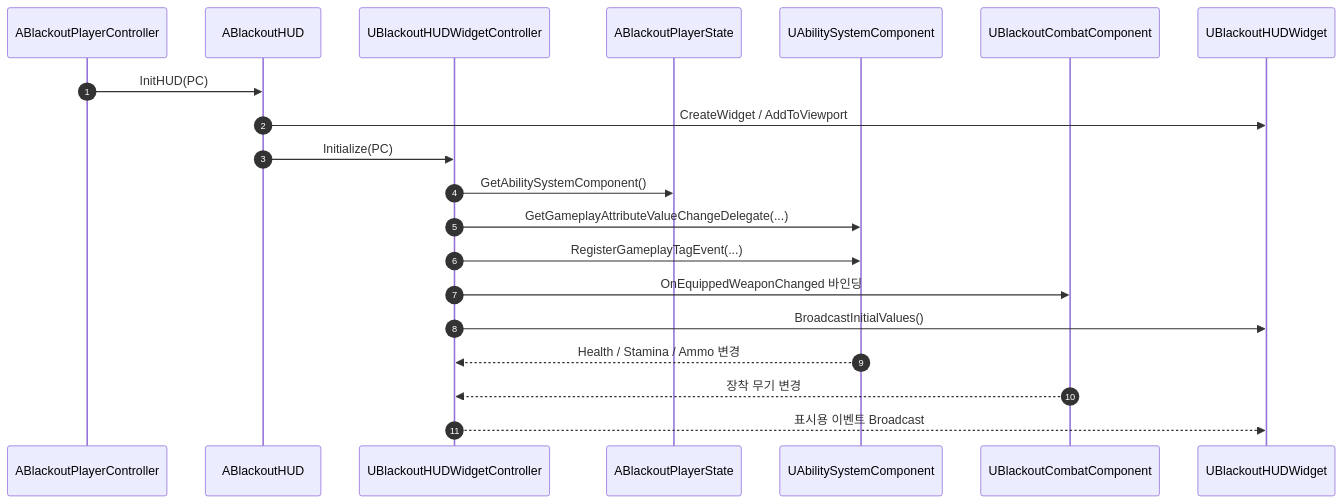
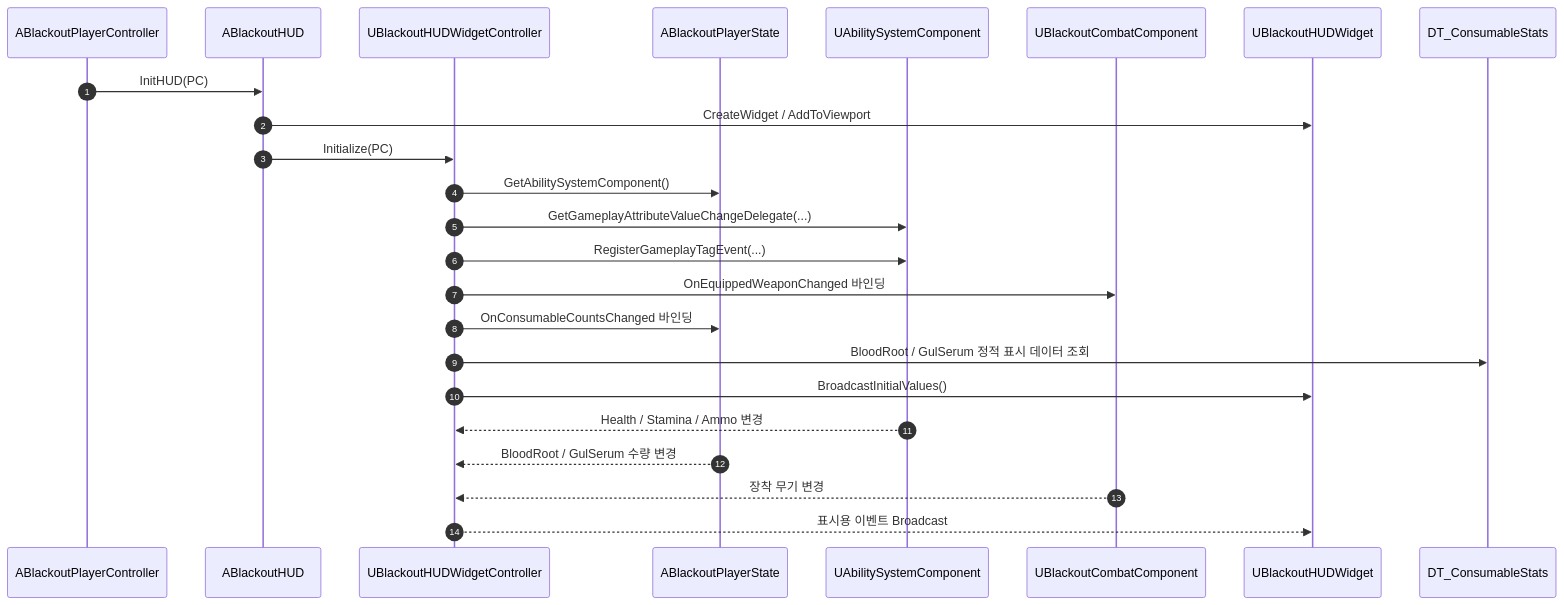
Before and after one commit to seongwon1579/ProjectBlackout: the second of 2 diagrams in Docs/UI/01_InGame_HUD_GAS_Binding.md, drawn with Mermaid. The commit also changed other lines of this file and 4 other files, not shown here.

````diff
--- a/Docs/UI/01_InGame_HUD_GAS_Binding.md
+++ b/Docs/UI/01_InGame_HUD_GAS_Binding.md
@@ -173,23 +225,27 @@
 ```mermaid
 sequenceDiagram
     autonumber
     participant PC as ABlackoutPlayerController
     participant HUD as ABlackoutHUD
     participant WC as UBlackoutHUDWidgetController
     participant PS as ABlackoutPlayerState
     participant ASC as UAbilitySystemComponent
     participant Combat as UBlackoutCombatComponent
     participant Widget as UBlackoutHUDWidget
+    participant ConsumableDT as DT_ConsumableStats
 
     PC->>HUD: InitHUD(PC)
     HUD->>Widget: CreateWidget / AddToViewport
     HUD->>WC: Initialize(PC)
     WC->>PS: GetAbilitySystemComponent()
     WC->>ASC: GetGameplayAttributeValueChangeDelegate(...)
     WC->>ASC: RegisterGameplayTagEvent(...)
     WC->>Combat: OnEquippedWeaponChanged 바인딩
+    WC->>PS: OnConsumableCountsChanged 바인딩
+    WC->>ConsumableDT: BloodRoot / GulSerum 정적 표시 데이터 조회
     WC->>Widget: BroadcastInitialValues()
     ASC-->>WC: Health / Stamina / Ammo 변경
+    PS-->>WC: BloodRoot / GulSerum 수량 변경
     Combat-->>WC: 장착 무기 변경
     WC-->>Widget: 표시용 이벤트 Broadcast
 ```
````
